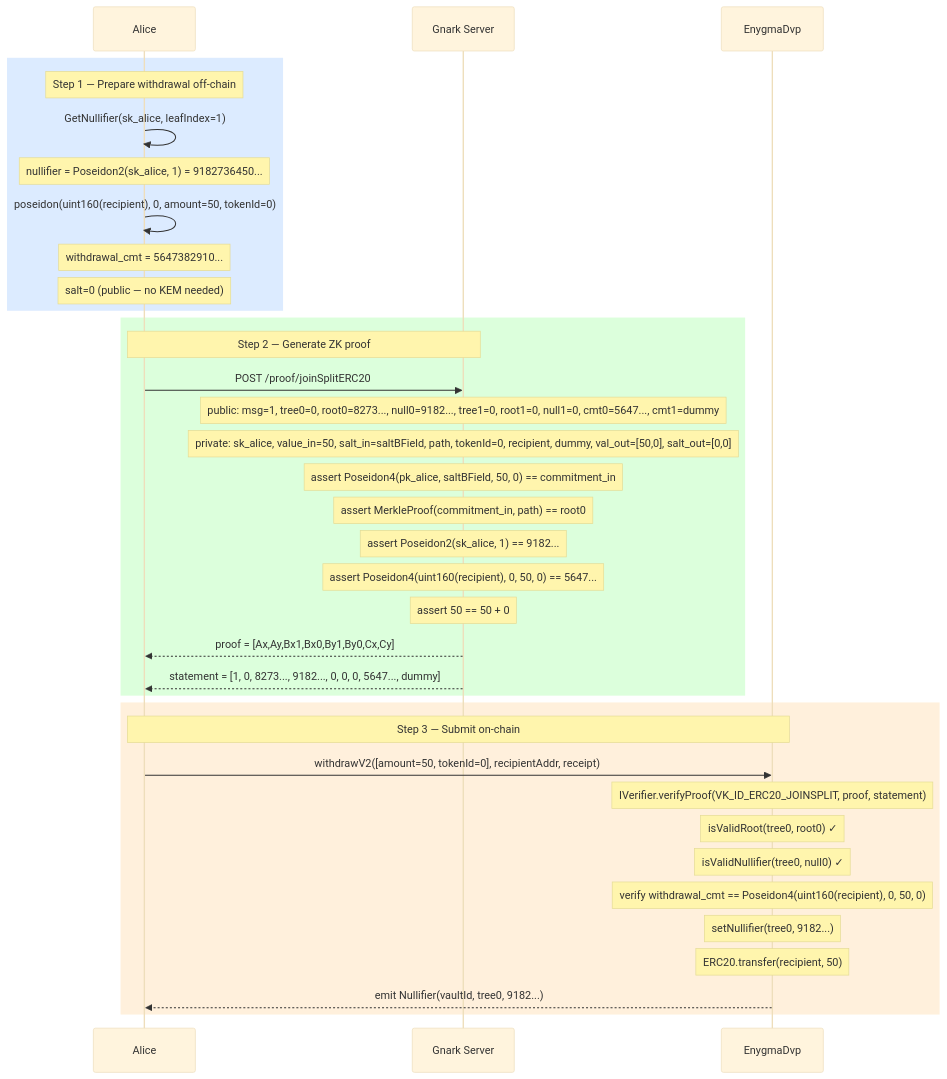
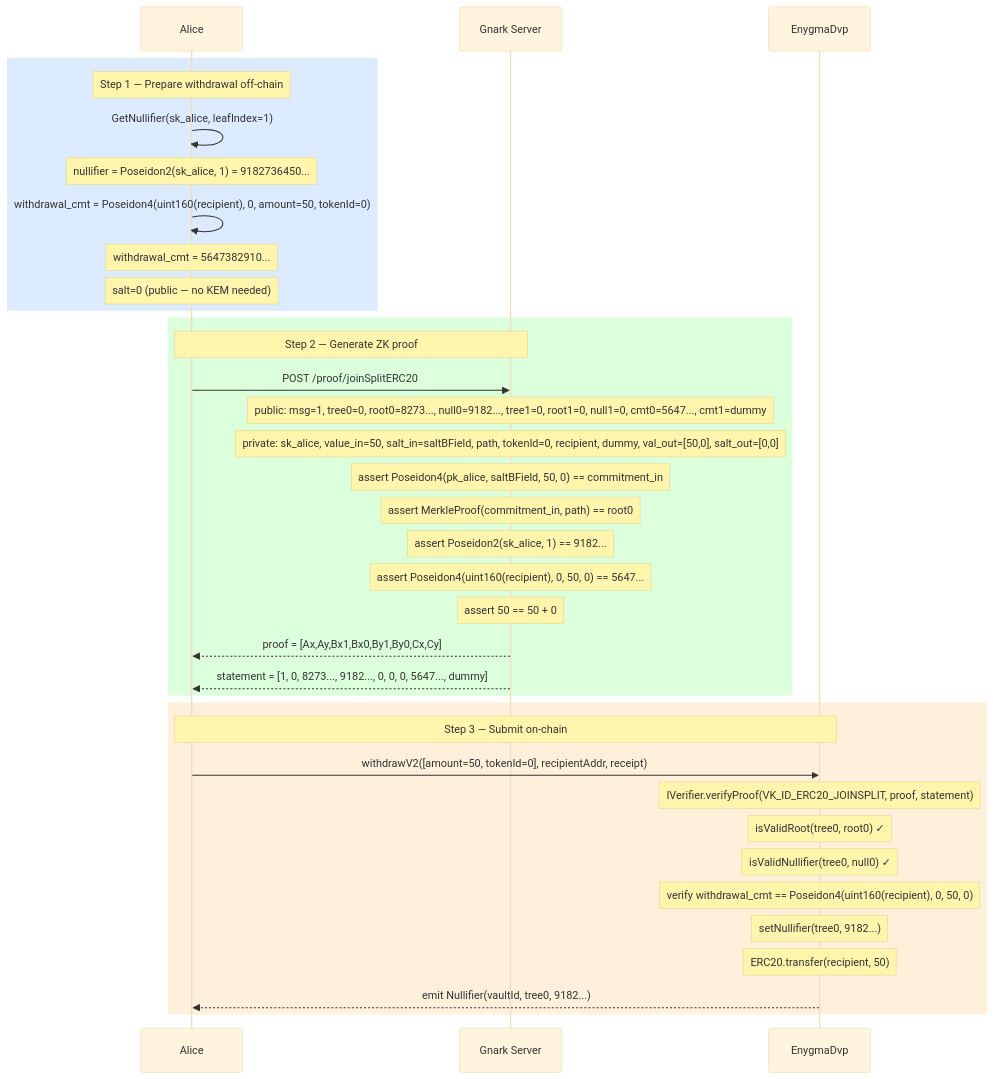
Before and after one commit to yaksetig/Enygma: the diagram in enygma_dvp/docs/flows/04_withdraw_erc20.md, drawn with Mermaid (base theme). The commit also changed 7 other files, not shown here.

````diff
--- a/enygma_dvp/docs/flows/04_withdraw_erc20.md
+++ b/enygma_dvp/docs/flows/04_withdraw_erc20.md
@@ -70,47 +70,47 @@
 ```mermaid
 sequenceDiagram
     participant Alice
     participant Gnark as Gnark Server
     participant DVP as EnygmaDvp
 
     rect rgb(220, 235, 255)
         Note over Alice: Step 1 — Prepare withdrawal off-chain
 
         Alice->>Alice: GetNullifier(sk_alice, leafIndex=1)
         Note over Alice: nullifier = Poseidon2(sk_alice, 1) = 9182736450...
 
-        Alice->>Alice: poseidon(uint160(recipient), 0, amount=50, tokenId=0)
+        Alice->>Alice: withdrawal_cmt = Poseidon4(uint160(recipient), 0, amount=50, tokenId=0)
         Note over Alice: withdrawal_cmt = 5647382910...
         Note over Alice: salt=0 (public — no KEM needed)
     end
 
     rect rgb(220, 255, 220)
         Note over Alice,Gnark: Step 2 — Generate ZK proof
 
         Alice->>Gnark: POST /proof/joinSplitERC20
         Note over Gnark: public: msg=1, tree0=0, root0=8273..., null0=9182..., tree1=0, root1=0, null1=0, cmt0=5647..., cmt1=dummy
         Note over Gnark: private: sk_alice, value_in=50, salt_in=saltBField, path, tokenId=0, recipient, dummy, val_out=[50,0], salt_out=[0,0]
         Note over Gnark: assert Poseidon4(pk_alice, saltBField, 50, 0) == commitment_in
         Note over Gnark: assert MerkleProof(commitment_in, path) == root0
         Note over Gnark: assert Poseidon2(sk_alice, 1) == 9182...
         Note over Gnark: assert Poseidon4(uint160(recipient), 0, 50, 0) == 5647...
         Note over Gnark: assert 50 == 50 + 0
 
         Gnark-->>Alice: proof = [Ax,Ay,Bx1,Bx0,By1,By0,Cx,Cy]
         Gnark-->>Alice: statement = [1, 0, 8273..., 9182..., 0, 0, 0, 5647..., dummy]
     end
 
     rect rgb(255, 240, 220)
         Note over Alice,DVP: Step 3 — Submit on-chain
 
         Alice->>DVP: withdrawV2([amount=50, tokenId=0], recipientAddr, receipt)
         Note over DVP: IVerifier.verifyProof(VK_ID_ERC20_JOINSPLIT, proof, statement)
         Note over DVP: isValidRoot(tree0, root0) ✓
         Note over DVP: isValidNullifier(tree0, null0) ✓
         Note over DVP: verify withdrawal_cmt == Poseidon4(uint160(recipient), 0, 50, 0)
         Note over DVP: setNullifier(tree0, 9182...)
         Note over DVP: ERC20.transfer(recipient, 50)
 
         DVP-->>Alice: emit Nullifier(vaultId, tree0, 9182...)
     end
 ```
````
